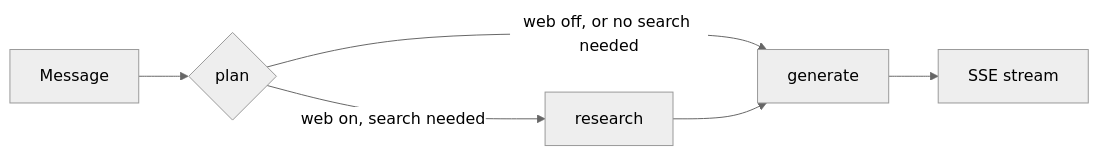
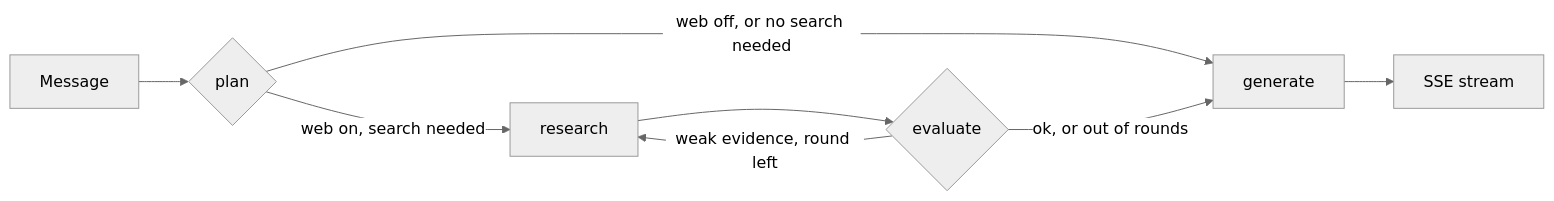
One commit to cassianorcarneiro/private-llm-chat changed the first of 2 diagrams in README.md. Above: the diagram before and after it, drawn with Mermaid (neutral theme). The commit also changed other lines of this file and 7 other files, not shown here.

First line of the commit message:
Evaluate sources and retry the search when evidence is weak

````diff
--- a/README.md
+++ b/README.md
@@ -30,8 +30,10 @@
 ```mermaid
 flowchart LR
     M["Message"] --> P{"plan"}
     P -->|"web on, search needed"| R["research"]
     P -->|"web off, or no search needed"| G["generate"]
-    R --> G
+    R --> V{"evaluate"}
+    V -->|"weak evidence, round left"| R
+    V -->|"ok, or out of rounds"| G
     G --> S["SSE stream"]
 ```
````
